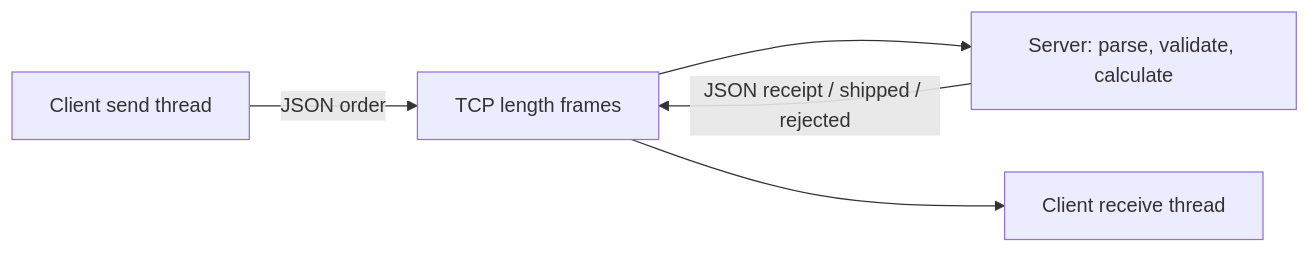
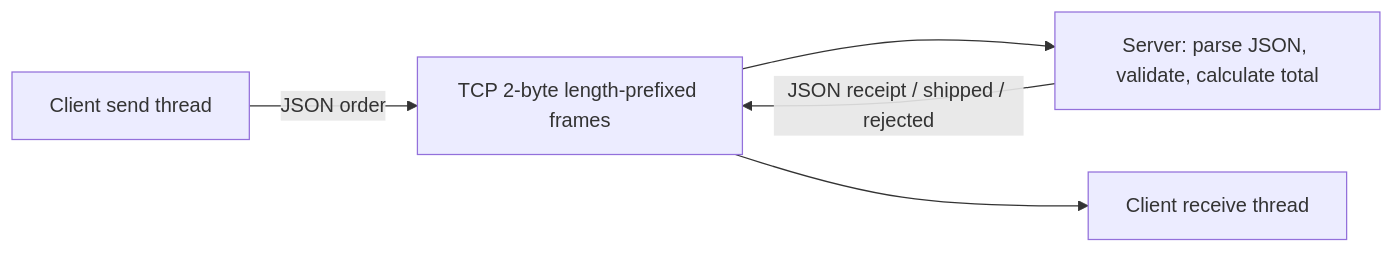
The diagram in docs/TCP_BUSINESS.md (HuangX666/hx_c_platform), drawn with Mermaid before and after one commit. The commit also changed other lines of this file and 135 other files, not shown here.

````diff
--- a/docs/TCP_BUSINESS.md
+++ b/docs/TCP_BUSINESS.md
@@ -48,7 +52,7 @@
 ```mermaid
 flowchart LR
-    TX[Client send thread] -->|JSON order| Stream[TCP length frames]
-    Stream --> S[Server: parse, validate, calculate]
+    TX[Client send thread] -->|JSON order| Stream[TCP 2-byte length-prefixed frames]
+    Stream --> S[Server: parse JSON, validate, calculate total]
     S -->|JSON receipt / shipped / rejected| Stream
     Stream --> RX[Client receive thread]
 ```
````
